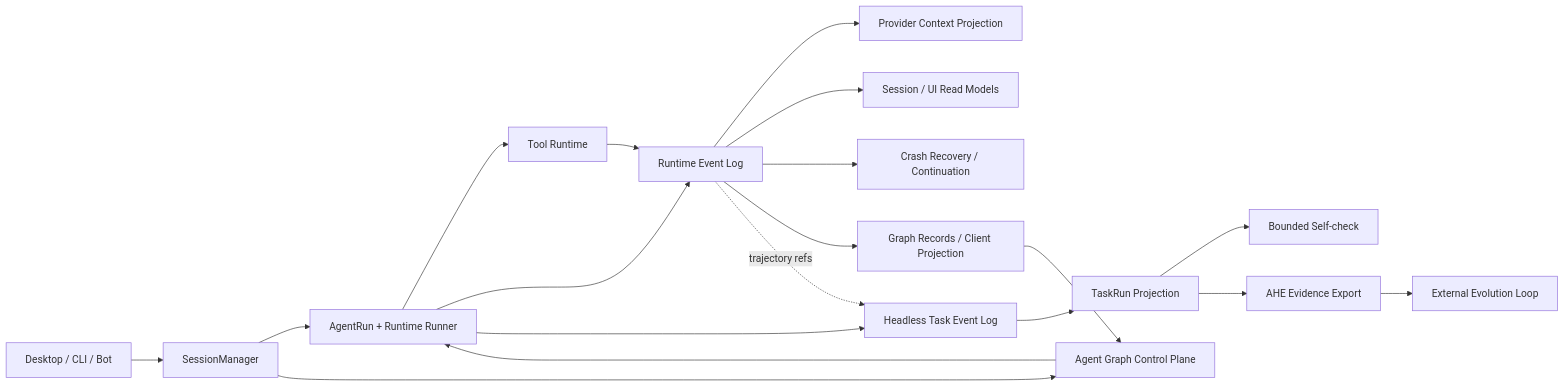
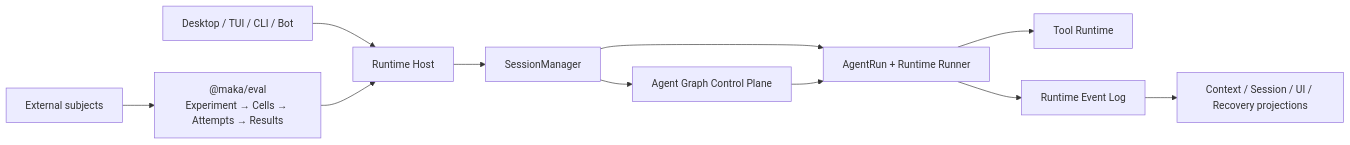
One commit to 1625567290/maka-agent changed the diagram in ARCHITECTURE.md. Above: the diagram before and after it, drawn with Mermaid. The commit also changed other lines of this file and 454 other files, not shown here.

First line of the commit message:
refactor: replace Headless with minimal Eval kernel (#2605)

````diff
--- a/ARCHITECTURE.md
+++ b/ARCHITECTURE.md
@@ -11,23 +7,14 @@
 ```mermaid
 flowchart LR
-    U["Desktop / CLI / Bot"] --> S["SessionManager"]
+    C["Desktop / TUI / CLI / Bot"] --> H["Runtime Host"]
+    H --> S["SessionManager"]
     S --> R["AgentRun + Runtime Runner"]
     R --> T["Tool Runtime"]
     R --> L["Runtime Event Log"]
-    R --> H["Headless Task Event Log"]
-    T --> L
     S --> G["Agent Graph Control Plane"]
     G --> R
+    L --> P["Context / Session / UI / Recovery projections"]
 
-    L --> C["Provider Context Projection"]
-    L --> V["Session / UI Read Models"]
-    L --> X["Crash Recovery / Continuation"]
-    L --> GP["Graph Records / Client Projection"]
-    GP --> G
-    L -. "trajectory refs" .-> H
-
-    H --> P["TaskRun Projection"]
-    P --> K["Bounded Self-check"]
-    P --> E["AHE Evidence Export"]
-    E --> A["External Evolution Loop"]
+    E["@maka/eval\nExperiment → Cells → Attempts → Results"] --> H
+    X["External subjects"] --> E
 ```
````
